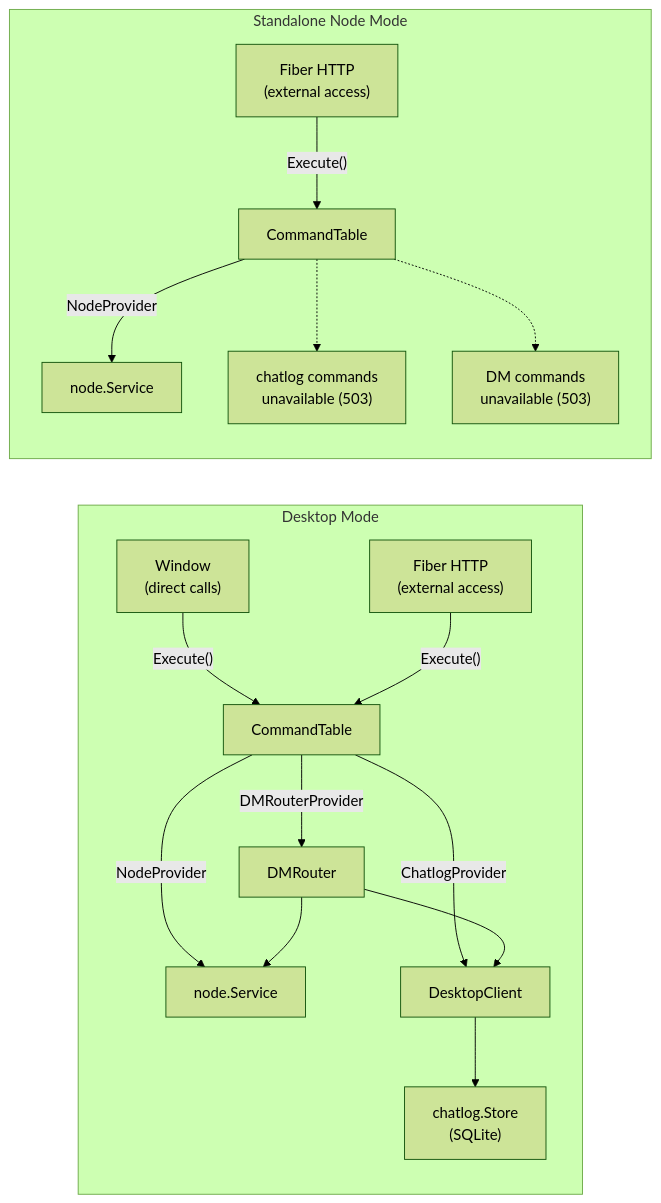
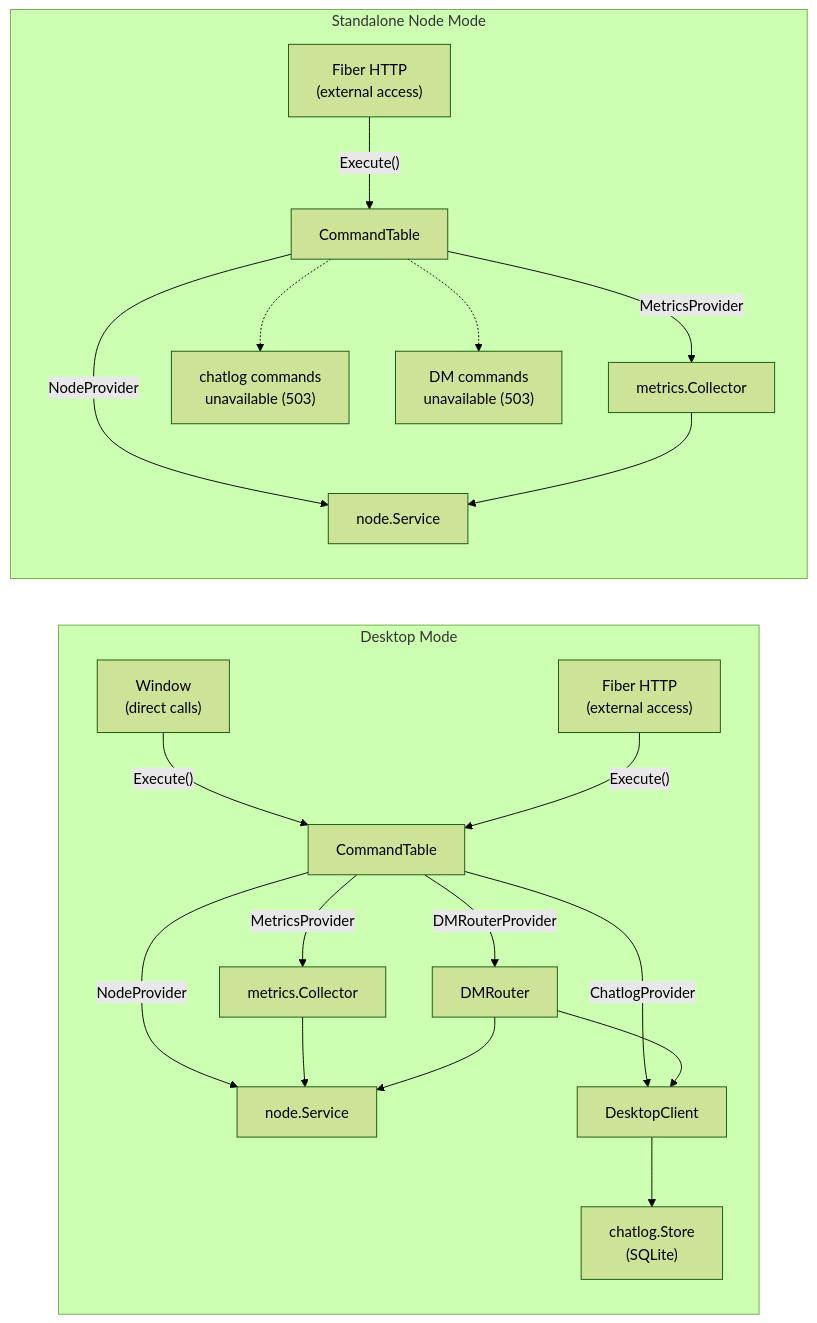
Before and after one commit to piratecash/corsa: the third of 8 diagrams in docs/rpc.md, drawn with Mermaid (forest theme). The commit also changed other lines of this file and 26 other files, not shown here.

Commit message:
feat(metrics): add per-peer traffic tracking with desktop traffic graph

````diff
--- a/docs/rpc.md
+++ b/docs/rpc.md
@@ -109,36 +118,42 @@
 ```mermaid
 graph LR
     subgraph Desktop["Desktop Mode"]
         direction TB
         CT_D["CommandTable"]
         HTTP_D["Fiber HTTP<br/>(external access)"]
         NODE_D["node.Service"]
+        MC_D["metrics.Collector"]
         DC_D["DesktopClient"]
         DMR_D["DMRouter"]
         CL_D["chatlog.Store<br/>(SQLite)"]
         WIN["Window<br/>(direct calls)"]
 
         WIN -->|"Execute()"| CT_D
         HTTP_D -->|"Execute()"| CT_D
         CT_D -->|"NodeProvider"| NODE_D
+        CT_D -->|"MetricsProvider"| MC_D
         CT_D -->|"ChatlogProvider"| DC_D
         CT_D -->|"DMRouterProvider"| DMR_D
+        MC_D --> NODE_D
         DMR_D --> NODE_D
         DMR_D --> DC_D
         DC_D --> CL_D
     end
 
     subgraph Node["Standalone Node Mode"]
         direction TB
         CT_N["CommandTable"]
         HTTP_N["Fiber HTTP<br/>(external access)"]
         NODE_N["node.Service"]
+        MC_N["metrics.Collector"]
         NIL_C["chatlog commands<br/>unavailable (503)"]
         NIL_D["DM commands<br/>unavailable (503)"]
 
         HTTP_N -->|"Execute()"| CT_N
         CT_N -->|"NodeProvider"| NODE_N
+        CT_N -->|"MetricsProvider"| MC_N
+        MC_N --> NODE_N
         CT_N -.-> NIL_C
         CT_N -.-> NIL_D
     end
 ```
````
